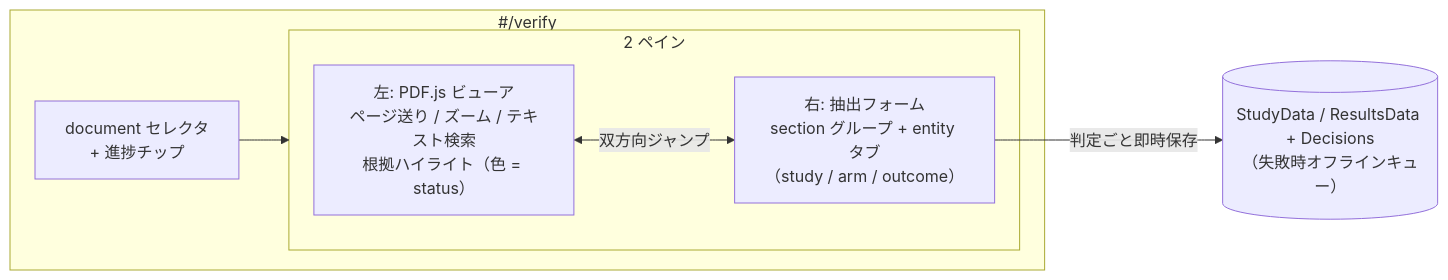
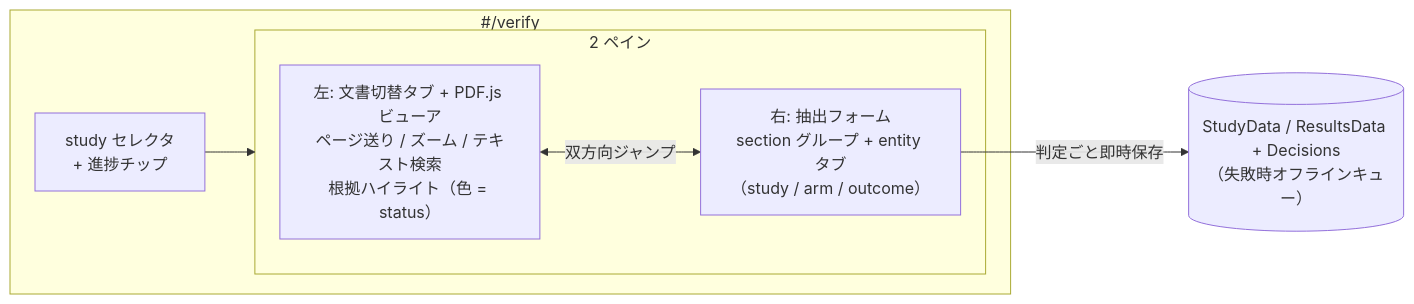
Before and after one commit to youkiti/sr-data-extraction-plugin: the third of 3 diagrams in docs/ui-flow.md, drawn with Mermaid. The commit also changed other lines of this file and 39 other files, not shown here.

First line of the commit message:
feat: 検証の複数文書ビューア + 下流の study 単位化（v0.10 study/document モデル フェーズ 3）

````diff
--- a/docs/ui-flow.md
+++ b/docs/ui-flow.md
@@ -73,12 +73,12 @@
 ```mermaid
 flowchart LR
     subgraph Verify["#/verify"]
-        DocSel[document セレクタ<br/>+ 進捗チップ] --> Panes
+        DocSel[study セレクタ<br/>+ 進捗チップ] --> Panes
         subgraph Panes[2 ペイン]
-            PDF["左: PDF.js ビューア<br/>ページ送り / ズーム / テキスト検索<br/>根拠ハイライト（色 = status）"]
+            PDF["左: 文書切替タブ + PDF.js ビューア<br/>ページ送り / ズーム / テキスト検索<br/>根拠ハイライト（色 = status）"]
             Form["右: 抽出フォーム<br/>section グループ + entity タブ<br/>（study / arm / outcome）"]
         end
         PDF <-->|双方向ジャンプ| Form
     end
     Form -->|判定ごと即時保存| Sheets[("StudyData / ResultsData + Decisions<br/>（失敗時オフラインキュー）")]
 ```
````
